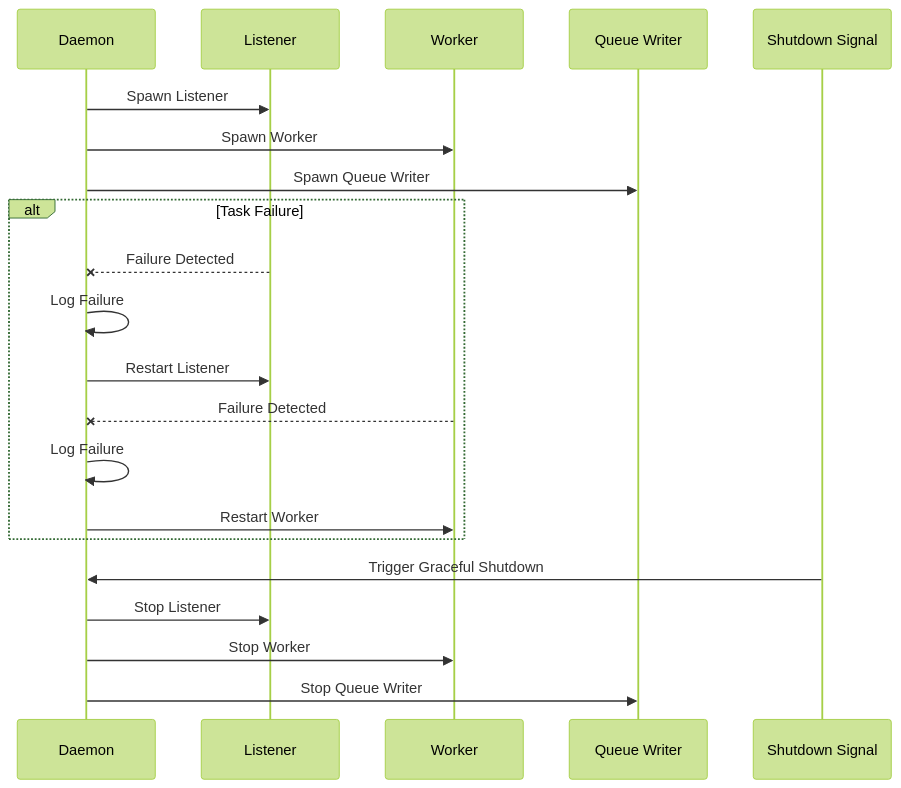
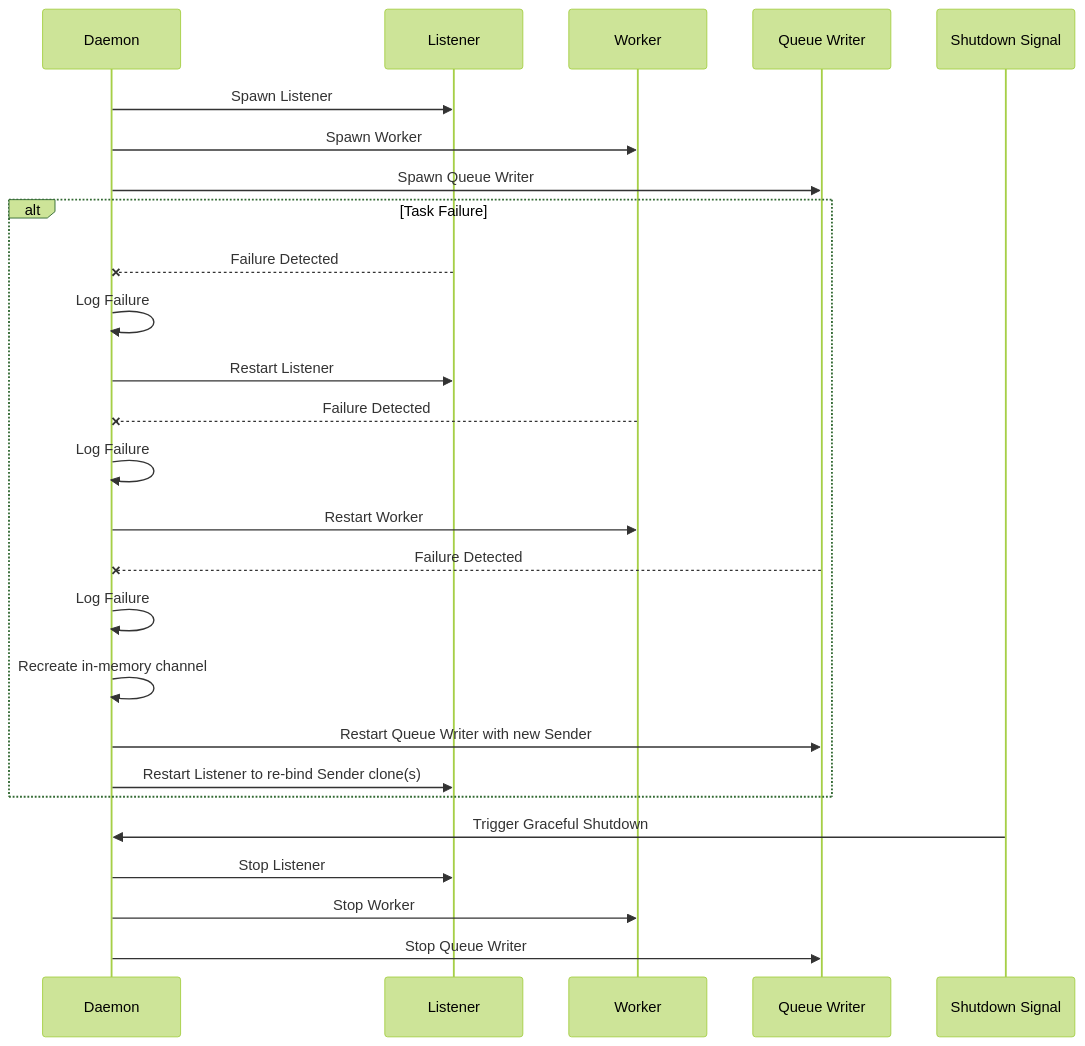
One commit to leynos/comenq changed the first of 2 diagrams in docs/comenq-design.md. Above: the diagram before and after it, drawn with Mermaid (forest theme). The commit also changed other lines of this file and 3 other files, not shown here.

Commit message:
Reuse writer channel on restart

````diff
--- a/docs/comenq-design.md
+++ b/docs/comenq-design.md
@@ -387,27 +390,32 @@
 ```mermaid
 sequenceDiagram
     participant D as Daemon
     participant L as Listener
     participant W as Worker
     participant Q as Queue Writer
     participant S as Shutdown Signal
 
     D->>L: Spawn Listener
     D->>W: Spawn Worker
     D->>Q: Spawn Queue Writer
     
     alt Task Failure
         L--xD: Failure Detected
         D->>D: Log Failure
         D->>L: Restart Listener
-        
+
         W--xD: Failure Detected
         D->>D: Log Failure
         D->>W: Restart Worker
+        Q--xD: Failure Detected
+        D->>D: Log Failure
+        D->>D: Recreate in-memory channel
+        D->>Q: Restart Queue Writer with new Sender
+        D->>L: Restart Listener to re-bind Sender clone(s)
     end
 
     S->>D: Trigger Graceful Shutdown
     D->>L: Stop Listener
     D->>W: Stop Worker
     D->>Q: Stop Queue Writer
 ```
````
